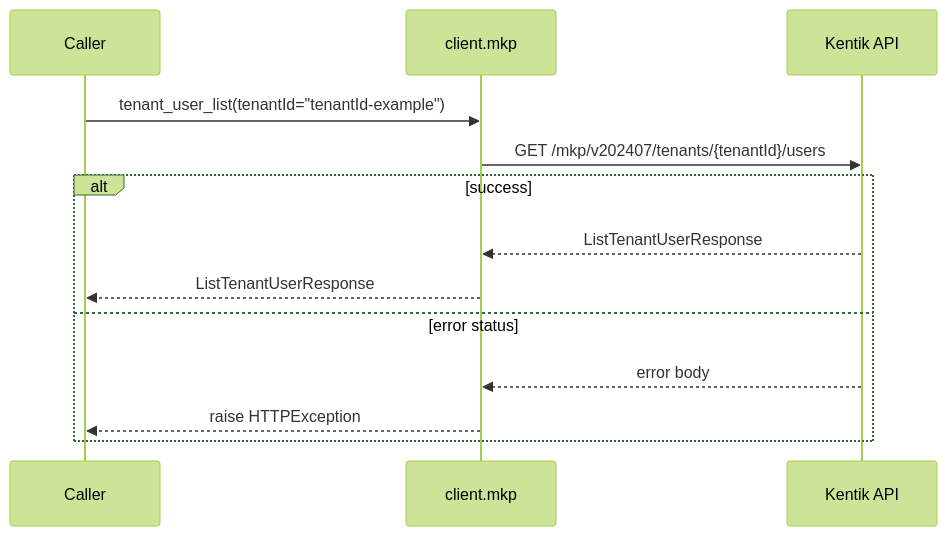
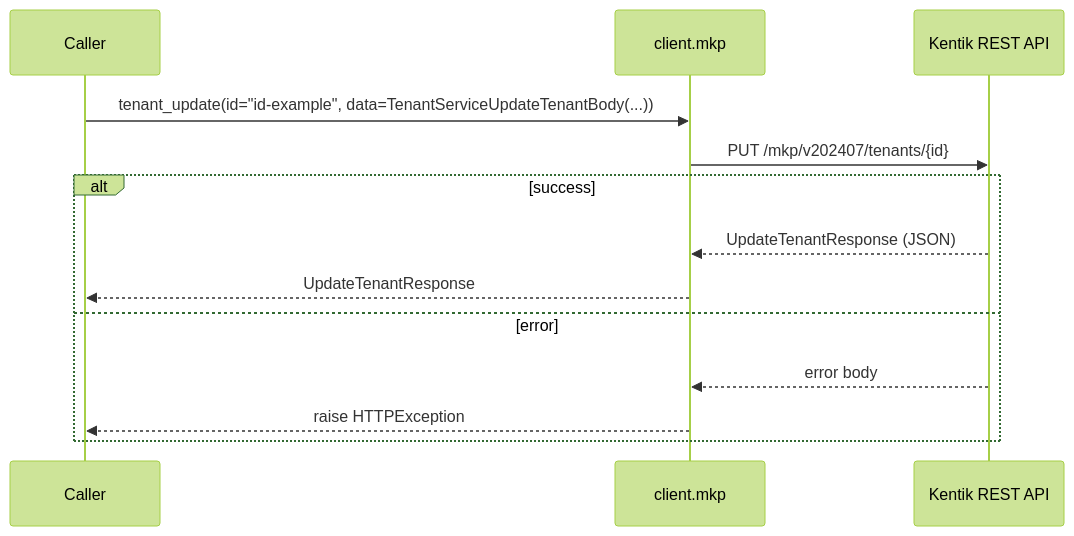
One commit to alexdearaujo/community_sdk_python changed diagram 18 of 30 in docs/sphinx/services/mkp.md. Above: the diagram before and after it, drawn with Mermaid (forest theme). The commit also changed other lines of this file and 61 other files, not shown here.

````diff
--- a/docs/sphinx/services/mkp.md
+++ b/docs/sphinx/services/mkp.md
@@ -523,16 +623,16 @@
 ```mermaid
 sequenceDiagram
     participant C as Caller
     participant W as client.mkp
-    participant API as Kentik API
+    participant API as Kentik REST API
 
-    C->>W: tenant_user_list(tenantId="tenantId-example")
-    W->>API: GET /mkp/v202407/tenants/{tenantId}/users
+    C->>W: tenant_update(id="id-example", data=TenantServiceUpdateTenantBody(...))
+    W->>API: PUT /mkp/v202407/tenants/{id}
     alt success
-        API-->>W: ListTenantUserResponse
-        W-->>C: ListTenantUserResponse
-    else error status
+        API-->>W: UpdateTenantResponse (JSON)
+        W-->>C: UpdateTenantResponse
+    else error
         API-->>W: error body
         W-->>C: raise HTTPException
     end
 ```
````
